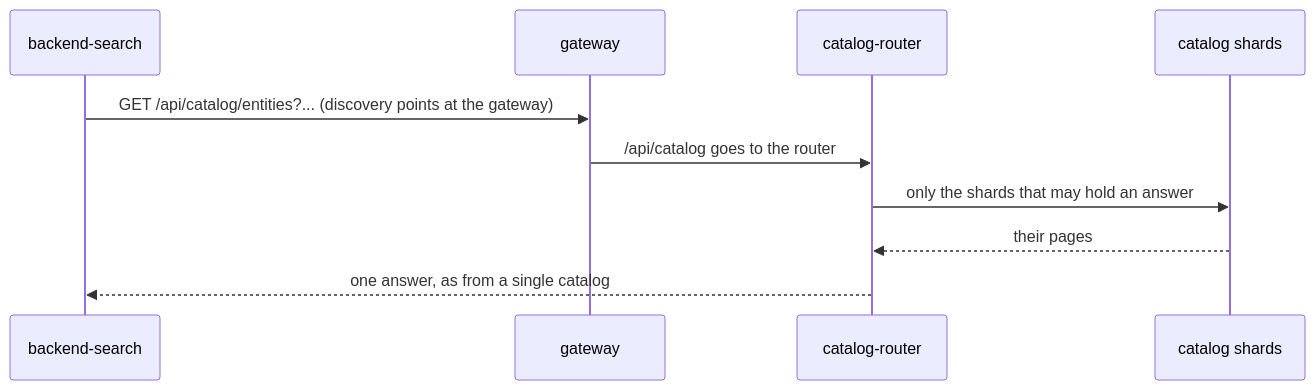
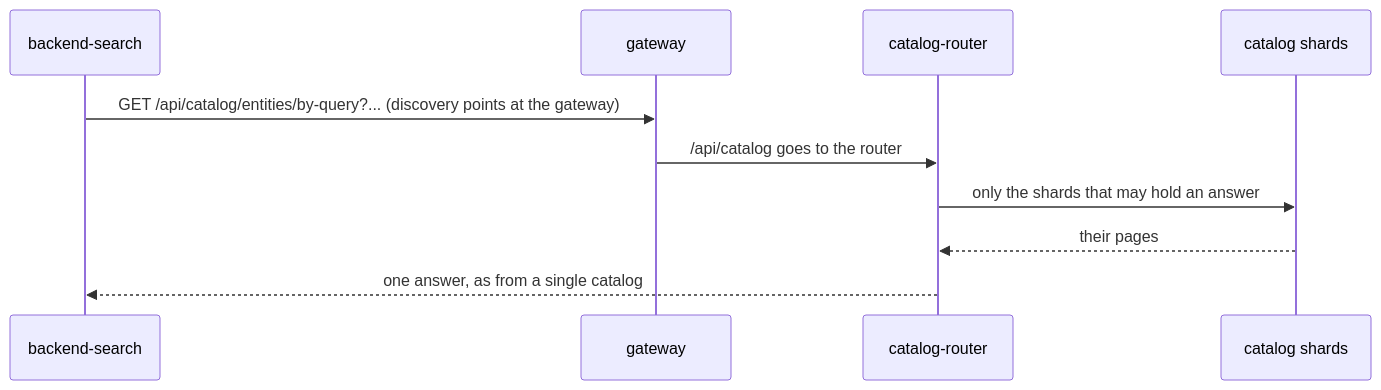
One commit to rgardam/rgardam changed the third of 16 diagrams in backstage-split-backends/docs/GUIDE.md. Above: the diagram before and after it, drawn with Mermaid. The commit also changed other lines of this file and 2 other files, not shown here.

````diff
--- a/backstage-split-backends/docs/GUIDE.md
+++ b/backstage-split-backends/docs/GUIDE.md
@@ -84,12 +85,12 @@
 ```mermaid
 sequenceDiagram
   participant S as backend-search
   participant G as gateway
   participant R as catalog-router
   participant P as catalog shards
-  S->>G: GET /api/catalog/entities?... (discovery points at the gateway)
+  S->>G: GET /api/catalog/entities/by-query?... (discovery points at the gateway)
   G->>R: /api/catalog goes to the router
   R->>P: only the shards that may hold an answer
   P-->>R: their pages
   R-->>S: one answer, as from a single catalog
 ```
````
